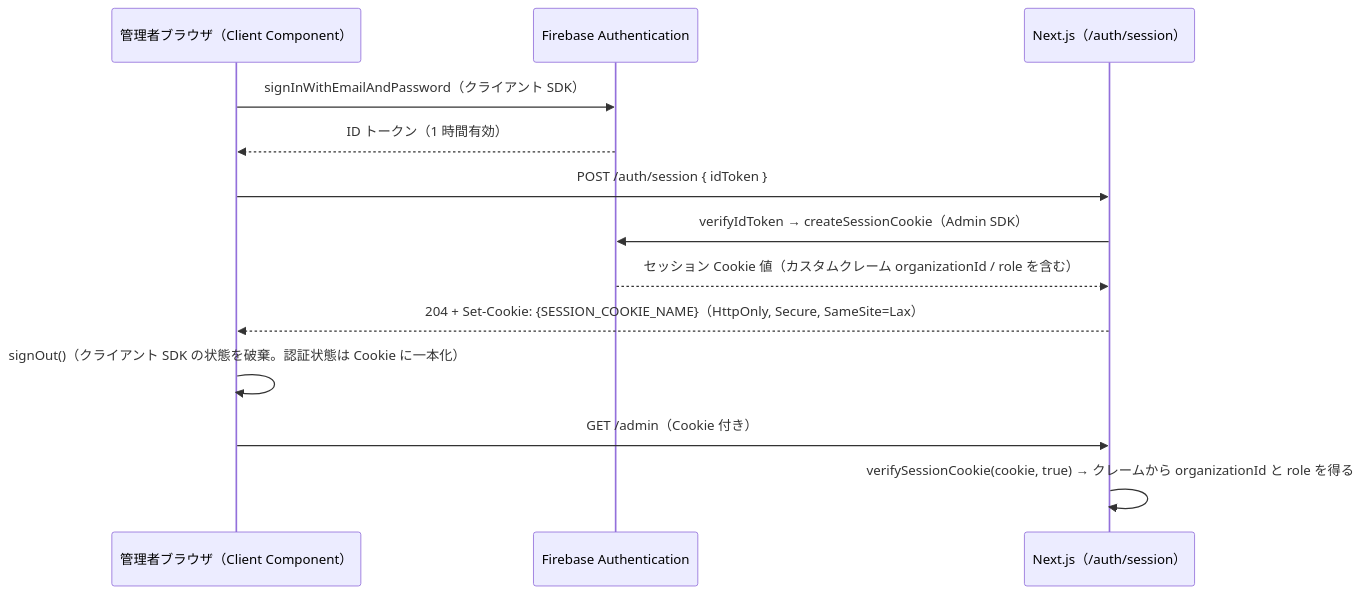
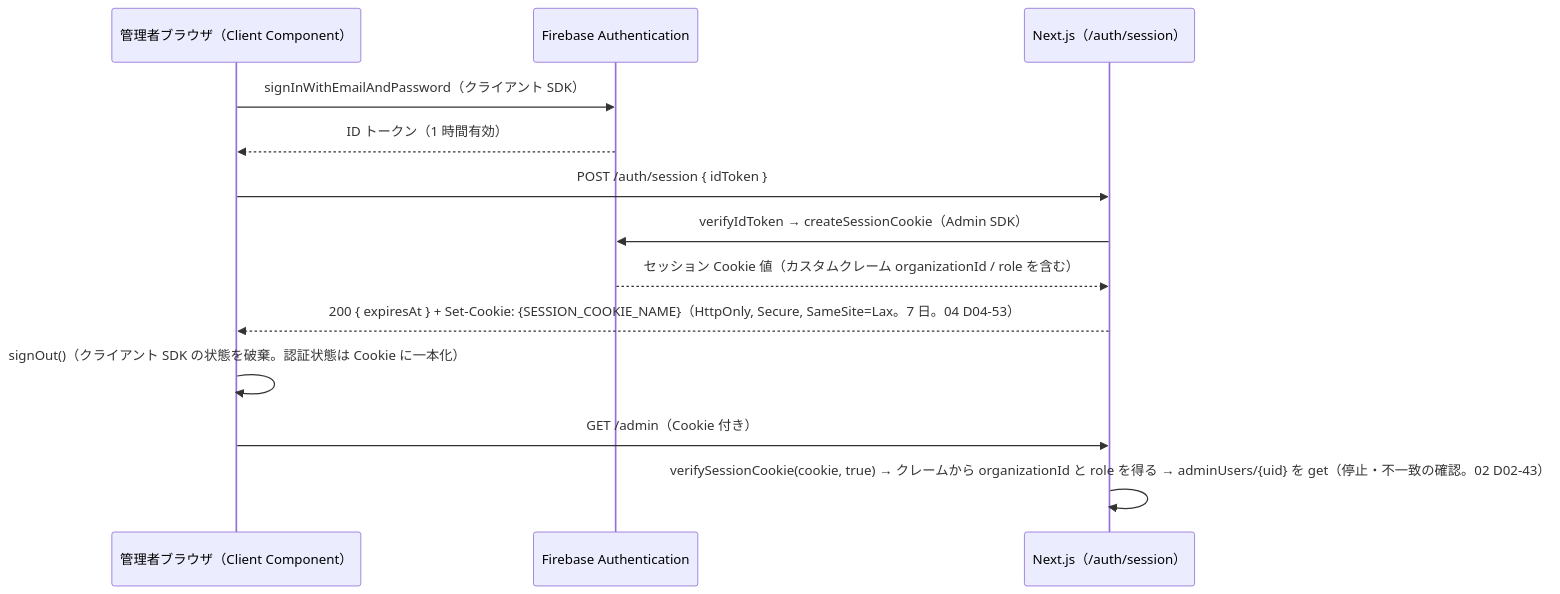
The third of 7 diagrams in docs/基本設計/01_システム構成.md (tanukichiyamaguchi/Tekisei-Kensa), drawn with Mermaid before and after one commit. The commit also changed other lines of this file and 10 other files, not shown here.

````diff
--- a/docs/基本設計/01_システム構成.md
+++ b/docs/基本設計/01_システム構成.md
@@ -153,15 +154,15 @@
 ```mermaid
 sequenceDiagram
     participant A as 管理者ブラウザ（Client Component）
     participant FA as Firebase Authentication
     participant N as Next.js（/auth/session）
     A->>FA: signInWithEmailAndPassword（クライアント SDK）
     FA-->>A: ID トークン（1 時間有効）
     A->>N: POST /auth/session { idToken }
     N->>FA: verifyIdToken → createSessionCookie（Admin SDK）
     FA-->>N: セッション Cookie 値（カスタムクレーム organizationId / role を含む）
-    N-->>A: 204 + Set-Cookie: {SESSION_COOKIE_NAME}（HttpOnly, Secure, SameSite=Lax）
+    N-->>A: 200 { expiresAt } + Set-Cookie: {SESSION_COOKIE_NAME}（HttpOnly, Secure, SameSite=Lax。7 日。04 D04-53）
     A->>A: signOut()（クライアント SDK の状態を破棄。認証状態は Cookie に一本化）
     A->>N: GET /admin（Cookie 付き）
-    N->>N: verifySessionCookie(cookie, true) → クレームから organizationId と role を得る
+    N->>N: verifySessionCookie(cookie, true) → クレームから organizationId と role を得る → adminUsers/{uid} を get（停止・不一致の確認。02 D02-43）
 ```
````
